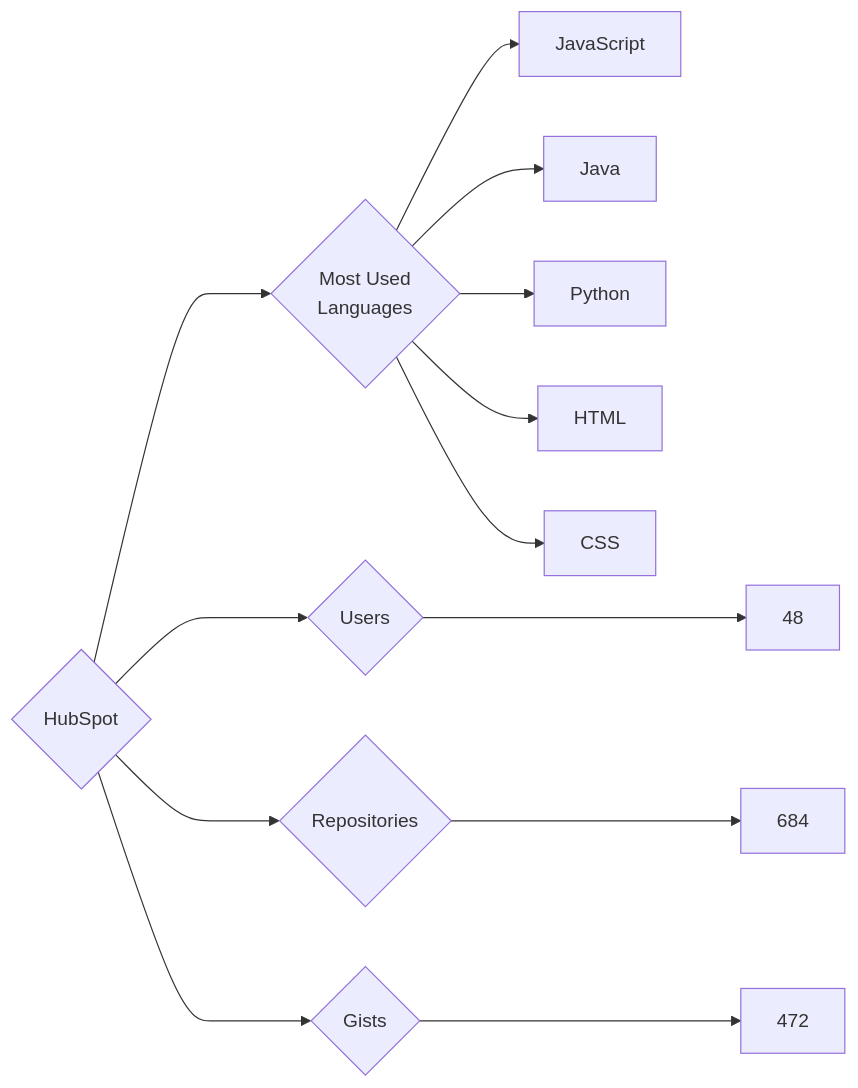
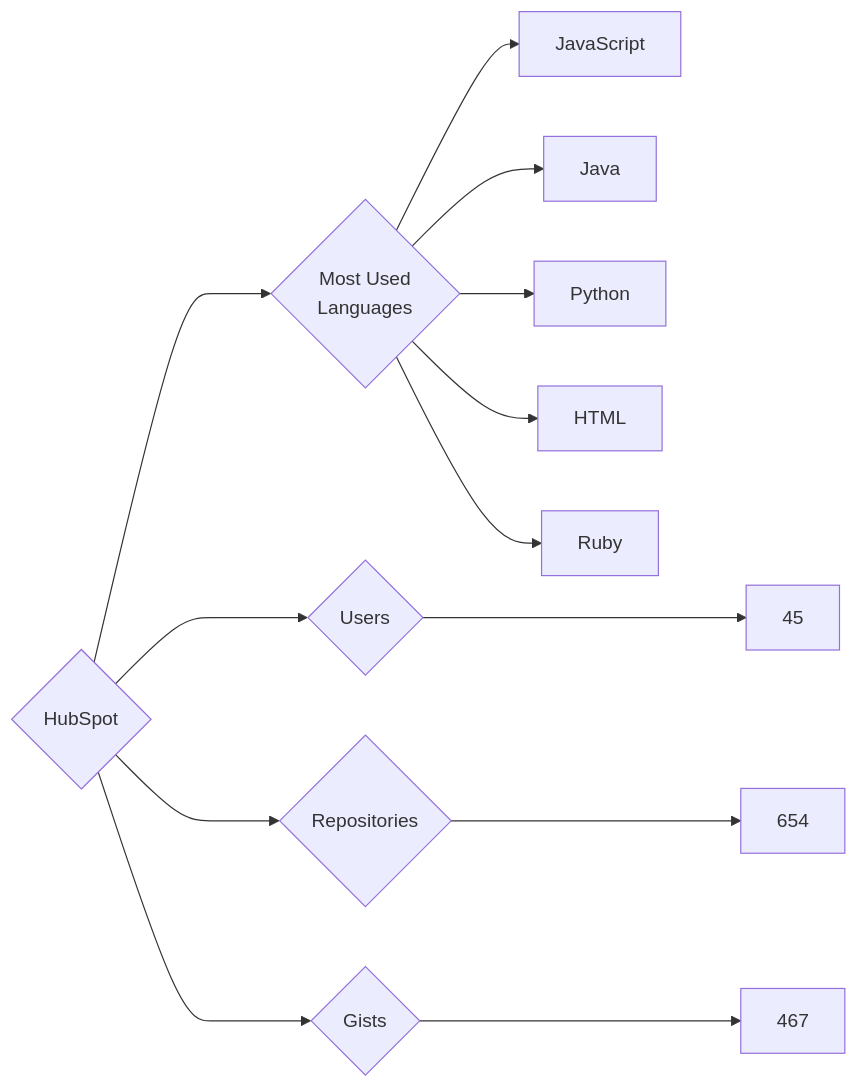
The diagram in targets/HubSpot/README.md (trickest/insiders), drawn with Mermaid before and after one commit. The commit also changed 838 other files, not shown here.

````diff
--- a/targets/HubSpot/README.md
+++ b/targets/HubSpot/README.md
@@ -3,13 +3,13 @@
 ```mermaid
 graph LR
 COMPANY_NAME{HubSpot}
-COMPANY_NAME ---> U{Users} ---> UN[48]
-COMPANY_NAME ---> R{Repositories} ---> RN[684]
-COMPANY_NAME ---> G{Gists} ---> GN[472]
+COMPANY_NAME ---> U{Users} ---> UN[45]
+COMPANY_NAME ---> R{Repositories} ---> RN[654]
+COMPANY_NAME ---> G{Gists} ---> GN[467]
 COMPANY_NAME ---> ML{Most Used<br>Languages}
 ML --> JavaScript[JavaScript]
 ML --> Java[Java]
 ML --> Python[Python]
 ML --> HTML[HTML]
-ML --> CSS[CSS]
+ML --> Ruby[Ruby]
 ```
````
